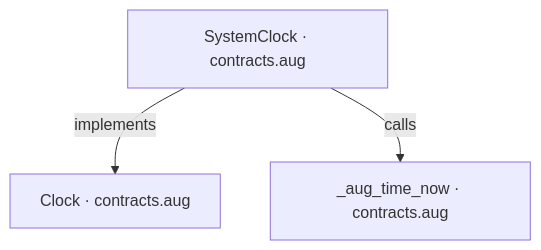
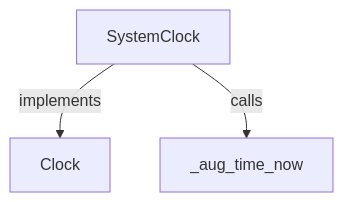
The first of 3 diagrams in src/stdlib/time/contracts.aug.diagrams.md (GreenPandaStudios/augscript), drawn with Mermaid before and after one commit. The commit also changed other lines of this file and 524 other files, not shown here.

Commit message:
Explain checked data flow at folder and service levels

````diff
--- a/src/stdlib/time/contracts.aug.diagrams.md
+++ b/src/stdlib/time/contracts.aug.diagrams.md
@@ -9,8 +9,8 @@
 ```mermaid
 flowchart TD
-    n0["Clock · contracts.aug"]
-    n1["SystemClock · contracts.aug"]
-    n2["_aug_time_now · contracts.aug"]
+    n0["Clock"]
+    n1["SystemClock"]
+    n2["_aug_time_now"]
     n1 -->|"implements"| n0
     n1 -->|"calls"| n2
 ```
````
